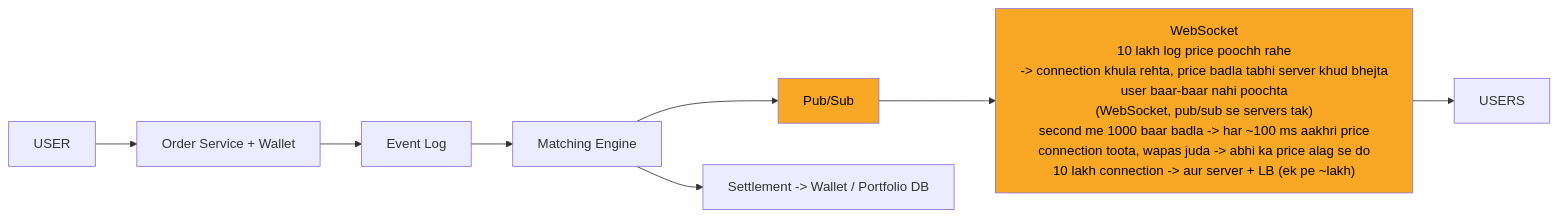
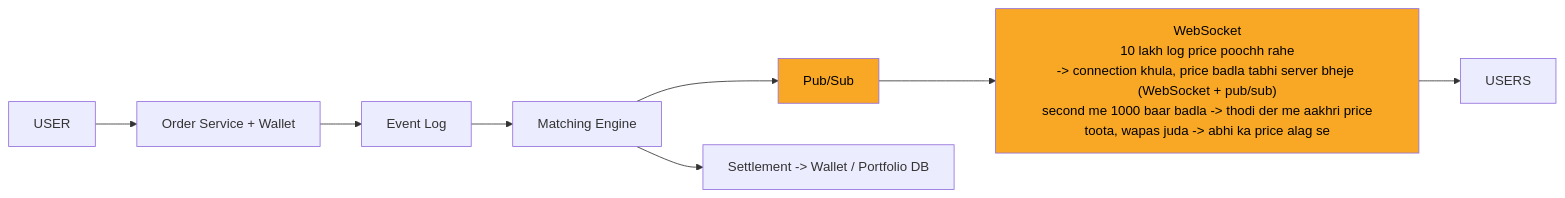
The diagram in 04_HLD/SYSTEM_DESIGNS/05_stock_broker_trading/img/c8.mmd (ArpanMaheshwari144/Prep), drawn with Mermaid before and after one commit. The commit also changed 39 other files, not shown here.

```diff
--- a/04_HLD/SYSTEM_DESIGNS/05_stock_broker_trading/img/c8.mmd
+++ b/04_HLD/SYSTEM_DESIGNS/05_stock_broker_trading/img/c8.mmd
@@ -1,19 +1,19 @@
 %%{init: {"flowchart": {"wrappingWidth": 450}}}%%
 flowchart LR
     n_USER["USER"]
     n_OW["Order Service + Wallet"]
     n_Event_Log["Event Log"]
     n_Matching_Engine["Matching Engine"]
     n_Pub_Sub["Pub/Sub"]
-    n_WebSocket["WebSocket<br/>10 lakh log price poochh rahe<br/>-> connection khula rehta, price badla tabhi server khud bhejta<br/>user baar-baar nahi poochta<br/>(WebSocket, pub/sub se servers tak)<br/>second me 1000 baar badla -> har ~100 ms aakhri price<br/>connection toota, wapas juda -> abhi ka price alag se do<br/>10 lakh connection -> aur server + LB (ek pe ~lakh)"]
+    n_WebSocket["WebSocket<br/>10 lakh log price poochh rahe<br/>-> connection khula, price badla tabhi server bheje (WebSocket + pub/sub)<br/>second me 1000 baar badla -> thodi der me aakhri price<br/>toota, wapas juda -> abhi ka price alag se"]
     n_USERS["USERS"]
     n_SET["Settlement -> Wallet / Portfolio DB"]
     n_USER --> n_OW
     n_OW --> n_Event_Log
     n_Event_Log --> n_Matching_Engine
     n_Matching_Engine --> n_SET
     n_Matching_Engine --> n_Pub_Sub
     n_Pub_Sub --> n_WebSocket
     n_WebSocket --> n_USERS
     style n_Pub_Sub fill:#f9a825,color:#000
     style n_WebSocket fill:#f9a825,color:#000
```
